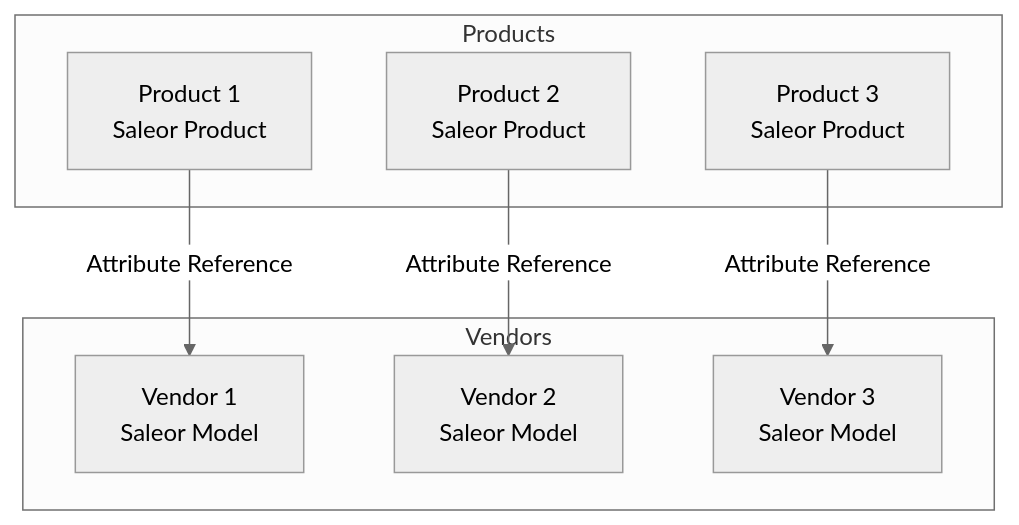
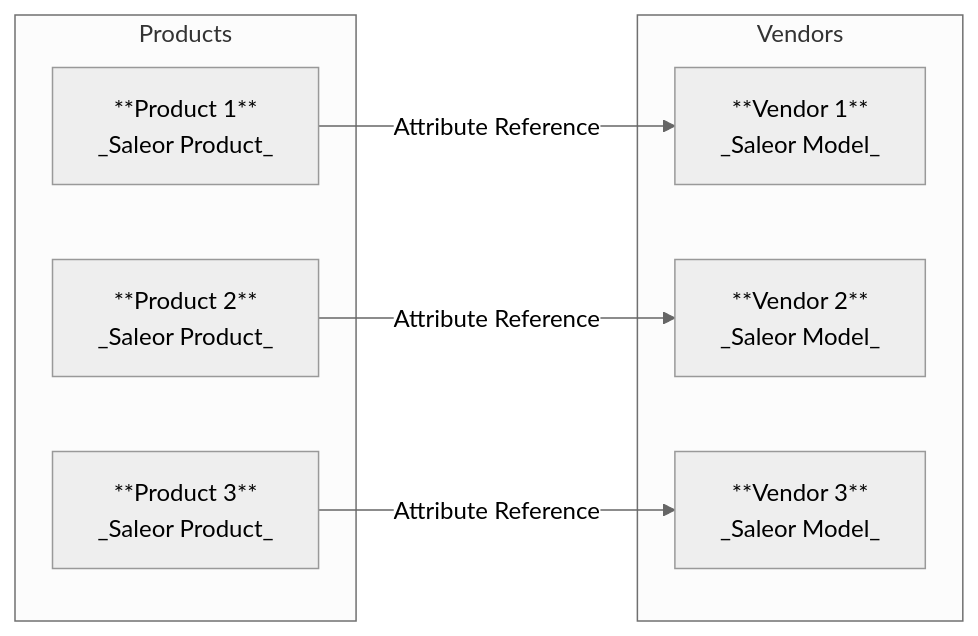
The second of 3 diagrams in docs/recipes/marketplace.mdx (saleor/saleor-docs), drawn with Mermaid (neutral theme) before and after one commit. The commit also changed other lines of this file, not shown here.

Commit message:
Flip diagrams and add a pinch of style

````diff
--- a/docs/recipes/marketplace.mdx
+++ b/docs/recipes/marketplace.mdx
@@ -82,18 +82,18 @@
 ```mermaid
-graph TD
-    A[Product 1<br/>Saleor Product] --Attribute Reference--> B[Vendor 1<br/>Saleor Model]
-    C[Product 2<br/>Saleor Product] --Attribute Reference--> D[Vendor 2<br/>Saleor Model]
-    E[Product 3<br/>Saleor Product] --Attribute Reference--> F[Vendor 3<br/>Saleor Model]
+graph LR
+    A[**Product 1**<br/>_Saleor Product_] --Attribute Reference--> B[**Vendor 1**<br/>_Saleor Model_]
+    C[**Product 2**<br/>_Saleor Product_] --Attribute Reference--> D[**Vendor 2**<br/>_Saleor Model_]
+    E[**Product 3**<br/>_Saleor Product_] --Attribute Reference--> F[**Vendor 3**<br/>_Saleor Model_]
     
     subgraph "Products"
     A
     C
     E
     end
     
     subgraph "Vendors"
     B
     D
     F
     end
 ```
````
